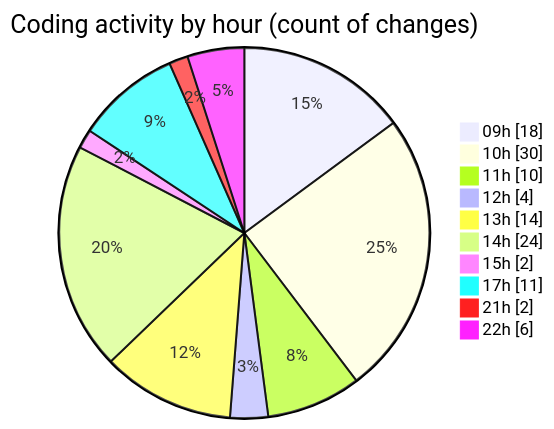
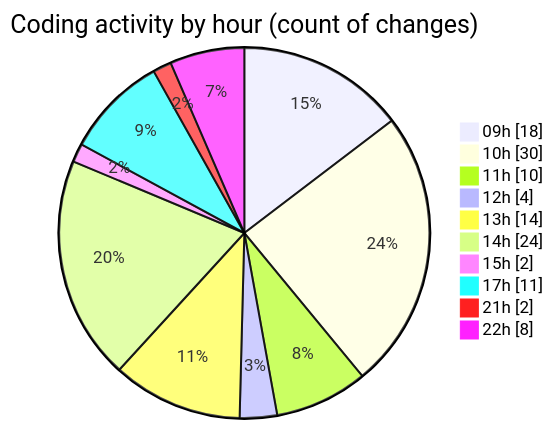
The second of 2 diagrams in 2026-09-23/cda/README.md (momahboobian/code-tracking), drawn with Mermaid before and after one commit. The commit also changed other lines of this file and 1 other file, not shown here.

````diff
--- a/2026-09-23/cda/README.md
+++ b/2026-09-23/cda/README.md
@@ -71,14 +71,14 @@
 ```mermaid
 pie showData
 title Coding activity by hour (count of changes)
 "09h" : 18
 "10h" : 30
 "11h" : 10
 "12h" : 4
 "13h" : 14
 "14h" : 24
 "15h" : 2
 "17h" : 11
 "21h" : 2
-"22h" : 6
+"22h" : 8
 ```
````
